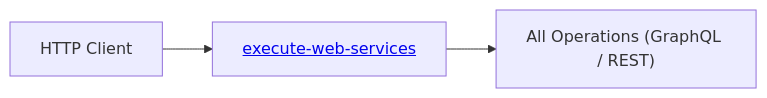
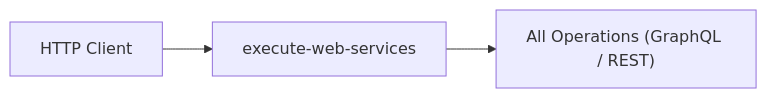
One commit to AtScaleInc/ps-utils changed the sixth of 8 diagrams in README.md. Above: the diagram before and after it, drawn with Mermaid. The commit also changed other lines of this file and 1 other file, not shown here.

Commit message:
fix: remove HTML links from mermaid diagrams in README and ACTIONS documentation

````diff
--- a/README.md
+++ b/README.md
@@ -93,4 +93,4 @@
 ```mermaid
 flowchart LR
-    CLIENT["HTTP Client"] --> A["<a href='#execute-web-services'>execute-web-services</a>"] --> OPS["All Operations (GraphQL / REST)"]
+    CLIENT["HTTP Client"] --> A["execute-web-services"] --> OPS["All Operations (GraphQL / REST)"]
 ```
````
